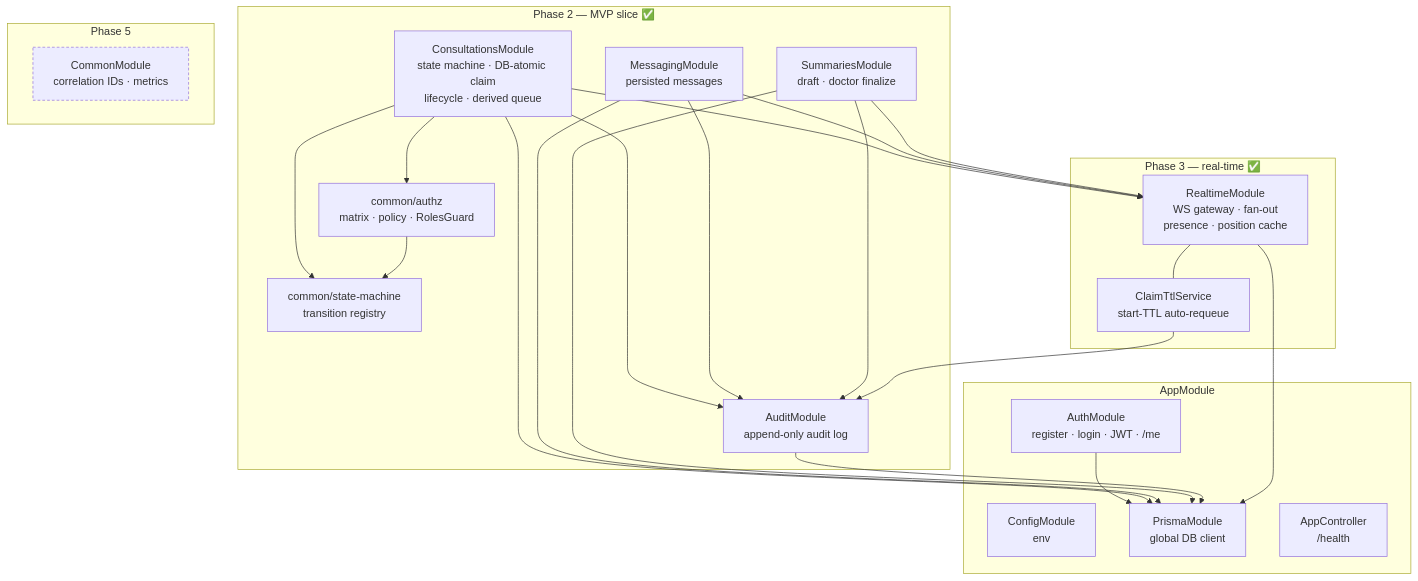
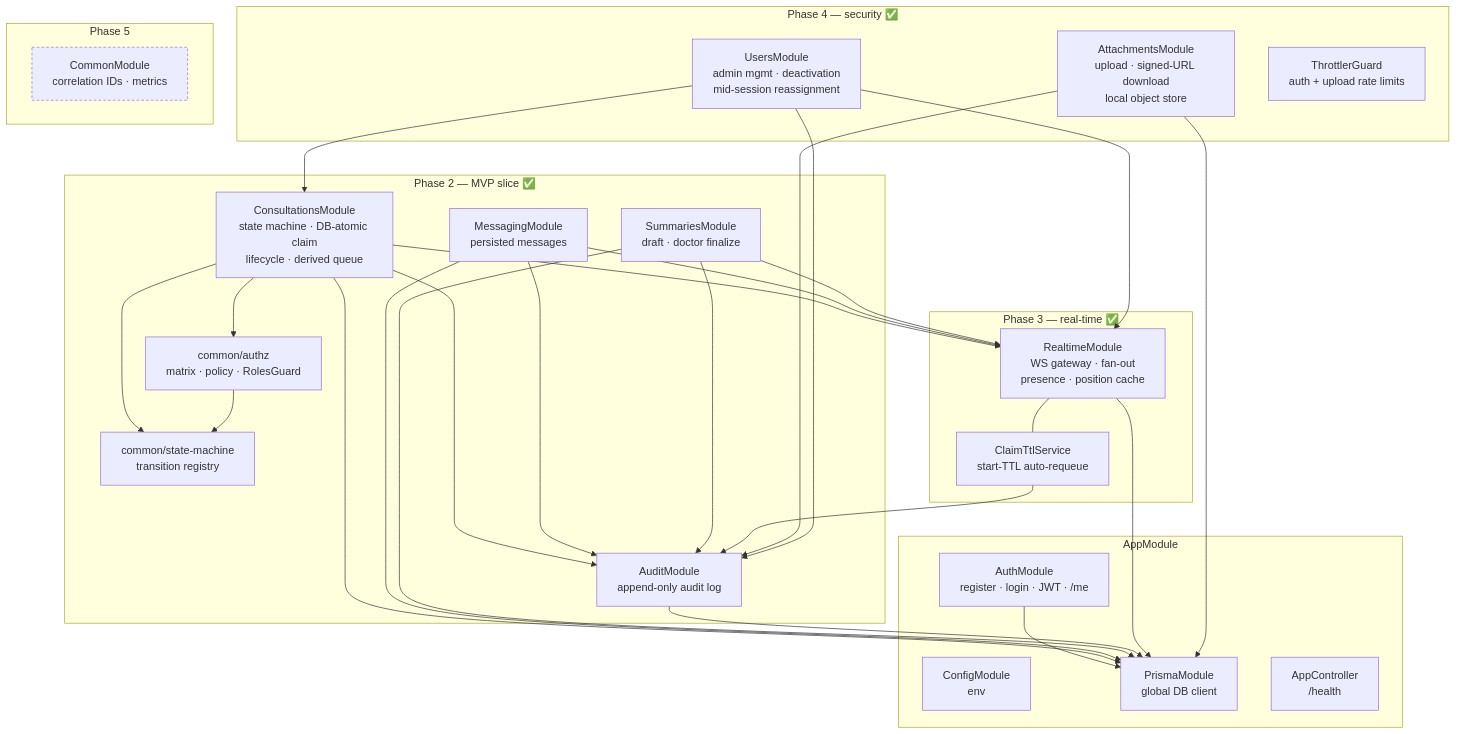
One commit to akritiupreti/virtual-consultation-platform changed the second of 13 diagrams in docs/architecture.md. Above: the diagram before and after it, drawn with Mermaid. The commit also changed other lines of this file and 54 other files, not shown here.

First line of the commit message:
feat: phase 4 security, privacy & audit hardening

````diff
--- a/docs/architecture.md
+++ b/docs/architecture.md
@@ -64,48 +64,59 @@
 ```mermaid
 flowchart TB
     subgraph app [AppModule]
         config[ConfigModule<br/>env]
         prisma[PrismaModule<br/>global DB client]
         auth[AuthModule<br/>register · login · JWT · /me]
         health[AppController<br/>/health]
     end
 
     subgraph phase2 [Phase 2 — MVP slice ✅]
         consult[ConsultationsModule<br/>state machine · DB-atomic claim<br/>lifecycle · derived queue]
         messaging[MessagingModule<br/>persisted messages]
         summaries[SummariesModule<br/>draft · doctor finalize]
         audit[AuditModule<br/>append-only audit log]
         authz[common/authz<br/>matrix · policy · RolesGuard]
         sm[common/state-machine<br/>transition registry]
     end
 
     subgraph phase3 [Phase 3 — real-time ✅]
         realtime[RealtimeModule<br/>WS gateway · fan-out<br/>presence · position cache]
         claimttl[ClaimTtlService<br/>start-TTL auto-requeue]
     end
 
+    subgraph phase4 [Phase 4 — security ✅]
+        attach[AttachmentsModule<br/>upload · signed-URL download<br/>local object store]
+        usersm[UsersModule<br/>admin mgmt · deactivation<br/>mid-session reassignment]
+        throttle[ThrottlerGuard<br/>auth + upload rate limits]
+    end
+
     subgraph phase5 [Phase 5]
         common[CommonModule<br/>correlation IDs · metrics]
     end
 
     auth --> prisma
     consult --> prisma
     messaging --> prisma
     summaries --> prisma
     audit --> prisma
     consult --> audit
     messaging --> audit
     summaries --> audit
     consult --> authz
     consult --> sm
     authz --> sm
     consult --> realtime
     messaging --> realtime
     summaries --> realtime
     realtime --- claimttl
     claimttl --> audit
     realtime --> prisma
+    attach --> prisma
+    attach --> audit
+    usersm --> consult
+    usersm --> realtime
+    usersm --> audit
 
     classDef later stroke-dasharray: 4 3;
     class common later
 ```
````
